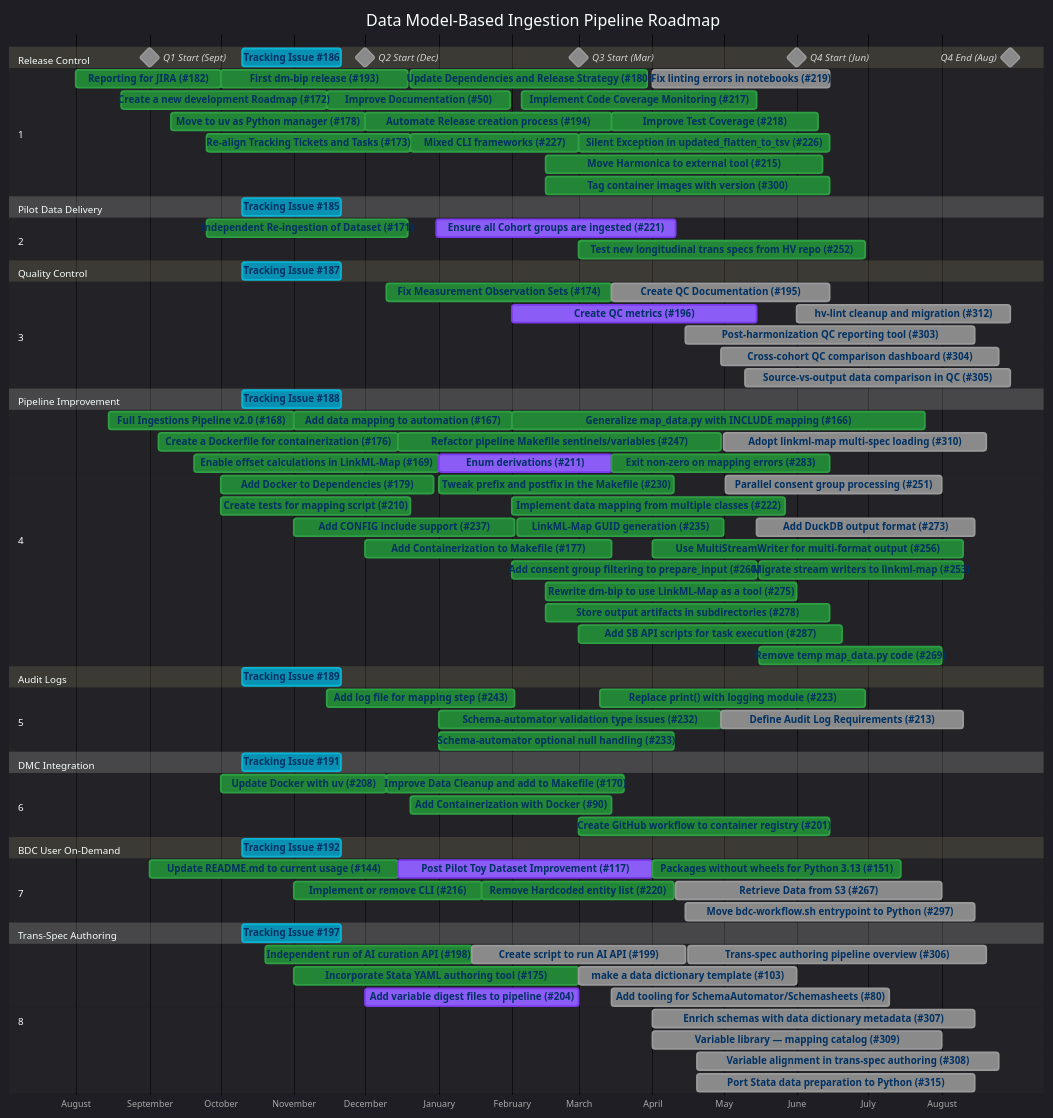
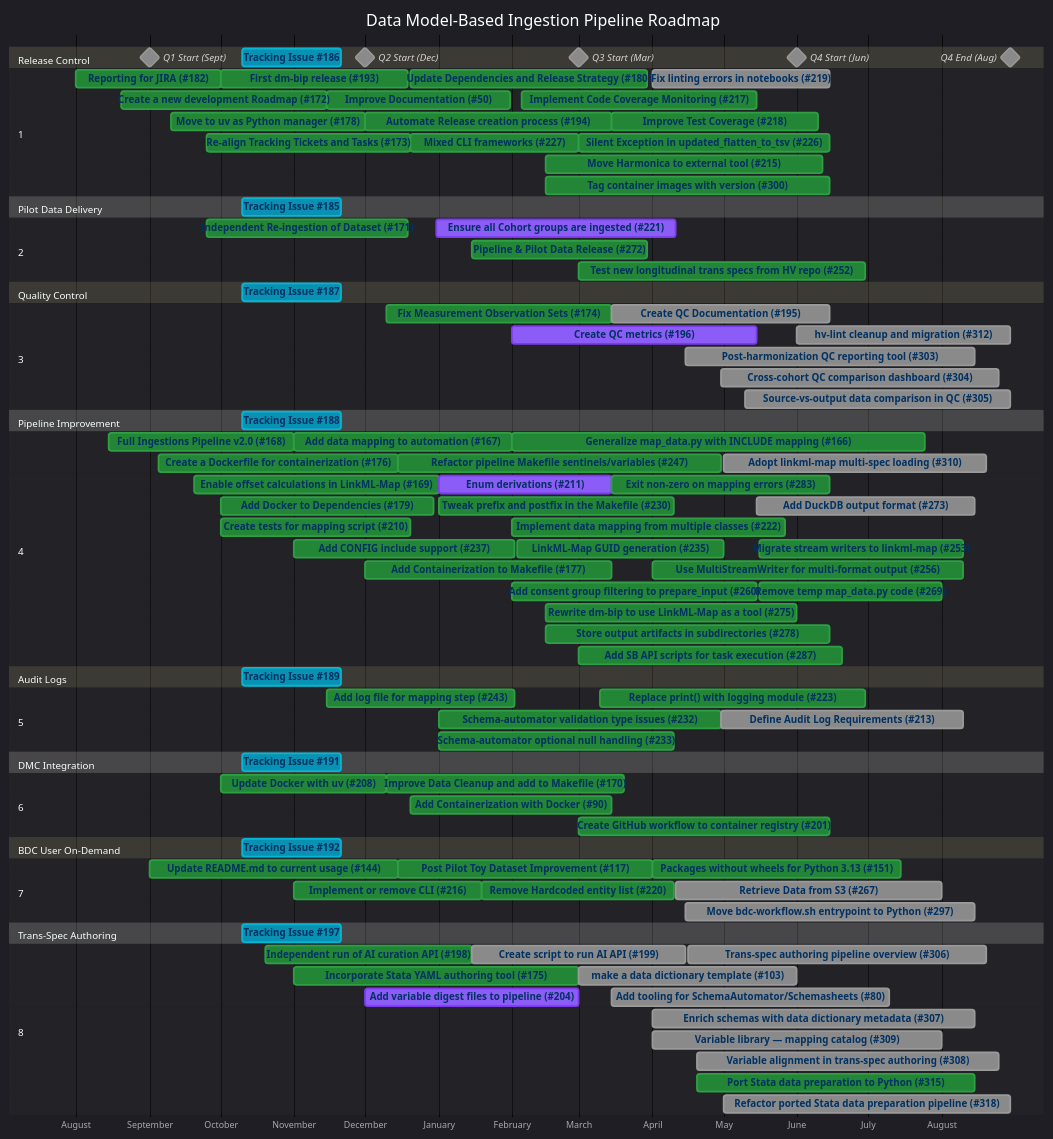
One commit to linkml/dm-bip changed the diagram in DEVELOPMENT.md. Above: the diagram before and after it, drawn with Mermaid. The commit also changed other lines of this file, not shown here.

Commit message:
Sync roadmap: mark #117 #315 done, add #272 #318, drop #251 (NOT_PLANNED)

```diff
--- a/DEVELOPMENT.md
+++ b/DEVELOPMENT.md
@@ -59,6 +59,7 @@
     Independent Re-ingestion of Dataset (#171)          :done, i171, 2025-09-25, 2025-12-19
     Ensure all Cohort groups are ingested (#221)        :active, i221, 2025-12-31, 2026-04-11
     Test new longitudinal trans specs from HV repo (#252) :done, i252, 2026-03-01, 2026-06-30
+    Pipeline & Pilot Data Release (#272)                :done, i272, 2026-01-15, 2026-03-30
 
     section Quality Control 
     Tracking Issue #187                     :crit, t187,2025-10-10, 6w
@@ -90,7 +91,6 @@
     Add CONFIG include support (#237)                   :done, i237, 2025-11-01, 2026-02-02
     LinkML-Map GUID generation (#235)                   :done, i235, 2026-02-03, 2026-05-01
     Refactor pipeline Makefile sentinels/variables (#247) :done, i247, 2025-12-15, 2026-04-30
-    Parallel consent group processing (#251)             :i251, 2026-05-02, 2026-08-01
     Add consent group filtering to prepare_input (#260)  :done, i260, 2026-02-01, 2026-05-15
     Migrate stream writers to linkml-map (#253)          :done, i253, 2026-05-16, 2026-08-10
     Use MultiStreamWriter for multi-format output (#256) :done, i256, 2026-04-01, 2026-08-10
@@ -126,7 +126,7 @@
 
     section 7 
     Update README.md to current usage (#144)            :done, i144, 2025-09-01, 2025-12-15
-    Post Pilot Toy Dataset Improvement (#117)           :active, i117, 2025-12-15, 2026-04-01
+    Post Pilot Toy Dataset Improvement (#117)           :done, i117, 2025-12-15, 2026-04-01
     Packages without wheels for Python 3.13 (#151)      :done, i151, 2026-04-01, 2026-07-15
     Implement or remove CLI (#216)                     :done, i216, 2025-11-01, 2026-01-19
     Remove Hardcoded entity list (#220)                :done, i220, 2026-01-19, 2026-04-10
@@ -147,7 +147,8 @@
     Enrich schemas with data dictionary metadata (#307) :i307, 2026-04-01, 2026-08-15
     Variable alignment in trans-spec authoring (#308)   :i308, 2026-04-20, 2026-08-25
     Variable library — mapping catalog (#309)           :i309, 2026-04-01, 2026-08-01
-    Port Stata data preparation to Python (#315)        :i315, 2026-04-20, 2026-08-15
+    Port Stata data preparation to Python (#315)        :done, i315, 2026-04-20, 2026-08-15
+    Refactor ported Stata data preparation pipeline (#318) :i318, 2026-05-01, 2026-08-30
 
     click t186 href "https://github.com/linkml/dm-bip/issues/186"
     click t185 href "https://github.com/linkml/dm-bip/issues/185"
@@ -210,13 +211,13 @@
     click i237 href "https://github.com/linkml/dm-bip/issues/237"
     click i243 href "https://github.com/linkml/dm-bip/issues/243"
     click i247 href "https://github.com/linkml/dm-bip/issues/247"
-    click i251 href "https://github.com/linkml/dm-bip/issues/251"
     click i252 href "https://github.com/linkml/dm-bip/issues/252"
     click i253 href "https://github.com/linkml/dm-bip/issues/253"
     click i256 href "https://github.com/linkml/dm-bip/issues/256"
     click i260 href "https://github.com/linkml/dm-bip/issues/260"
     click i267 href "https://github.com/linkml/dm-bip/issues/267"
     click i269 href "https://github.com/linkml/dm-bip/issues/269"
+    click i272 href "https://github.com/linkml/dm-bip/issues/272"
     click i273 href "https://github.com/linkml/dm-bip/issues/273"
     click i275 href "https://github.com/linkml/dm-bip/issues/275"
     click i278 href "https://github.com/linkml/dm-bip/issues/278"
@@ -234,6 +235,7 @@
     click i310 href "https://github.com/linkml/dm-bip/issues/310"
     click i312 href "https://github.com/linkml/dm-bip/issues/312"
     click i315 href "https://github.com/linkml/dm-bip/issues/315"
+    click i318 href "https://github.com/linkml/dm-bip/issues/318"
 
     axisFormat %B
     tickInterval 1month
```
